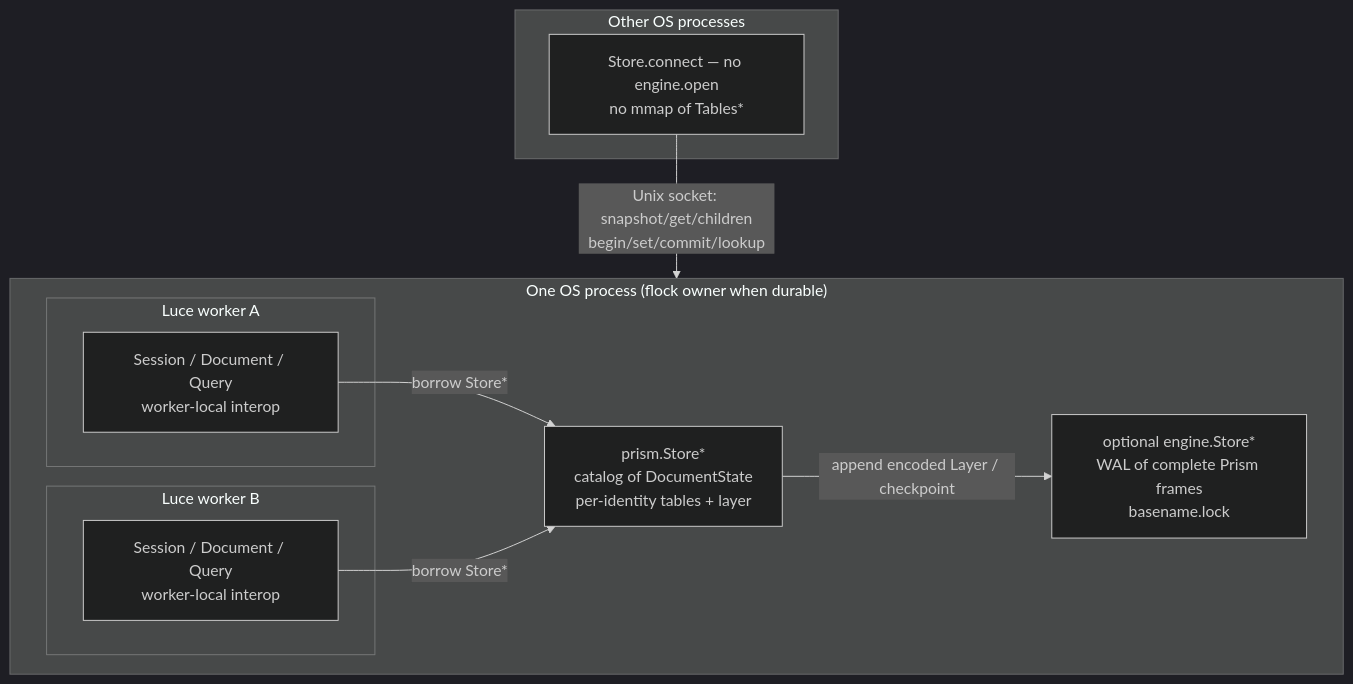
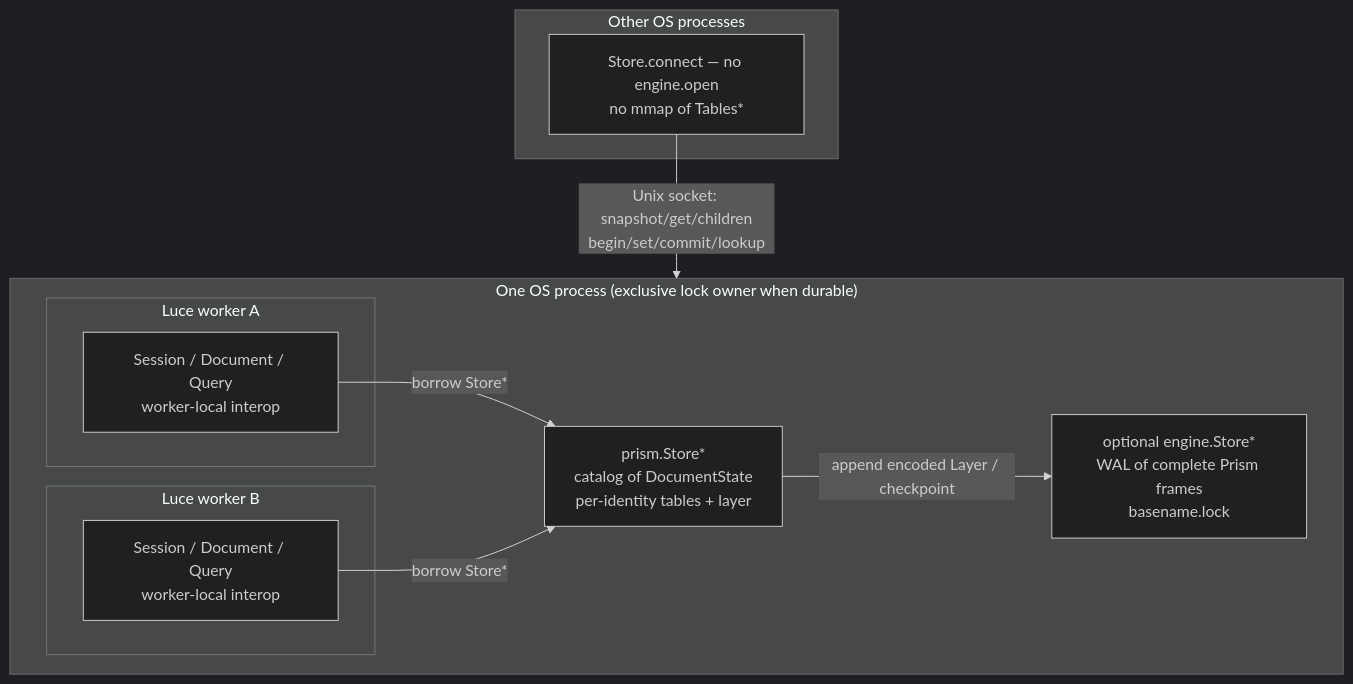
Before and after one commit to dymokomi/luce-prism: the first of 2 diagrams in docs/DATA-PLANE.md, drawn with Mermaid (dark theme). The commit also changed other lines of this file and 7 other files, not shown here.

````diff
--- a/docs/DATA-PLANE.md
+++ b/docs/DATA-PLANE.md
@@ -199,22 +199,22 @@
 ```mermaid
 flowchart TB
-  subgraph process["One OS process (flock owner when durable)"]
+  subgraph process["One OS process (exclusive lock owner when durable)"]
     Store["prism.Store*\ncatalog of DocumentState\nper-identity tables + layer"]
     Journal["optional engine.Store*\nWAL of complete Prism frames\nbasename.lock"]
     Store -->|"append encoded Layer / checkpoint"| Journal
 
     subgraph w1["Luce worker A"]
       S1["Session / Document / Query\nworker-local interop"]
     end
     subgraph w2["Luce worker B"]
       S2["Session / Document / Query\nworker-local interop"]
     end
     S1 -->|"borrow Store*"| Store
     S2 -->|"borrow Store*"| Store
   end
 
   subgraph others["Other OS processes"]
     Client["Store.connect — no engine.open\nno mmap of Tables*"]
   end
   Client -->|"Unix socket: snapshot/get/children\nbegin/set/commit/lookup"| process
 ```
````
